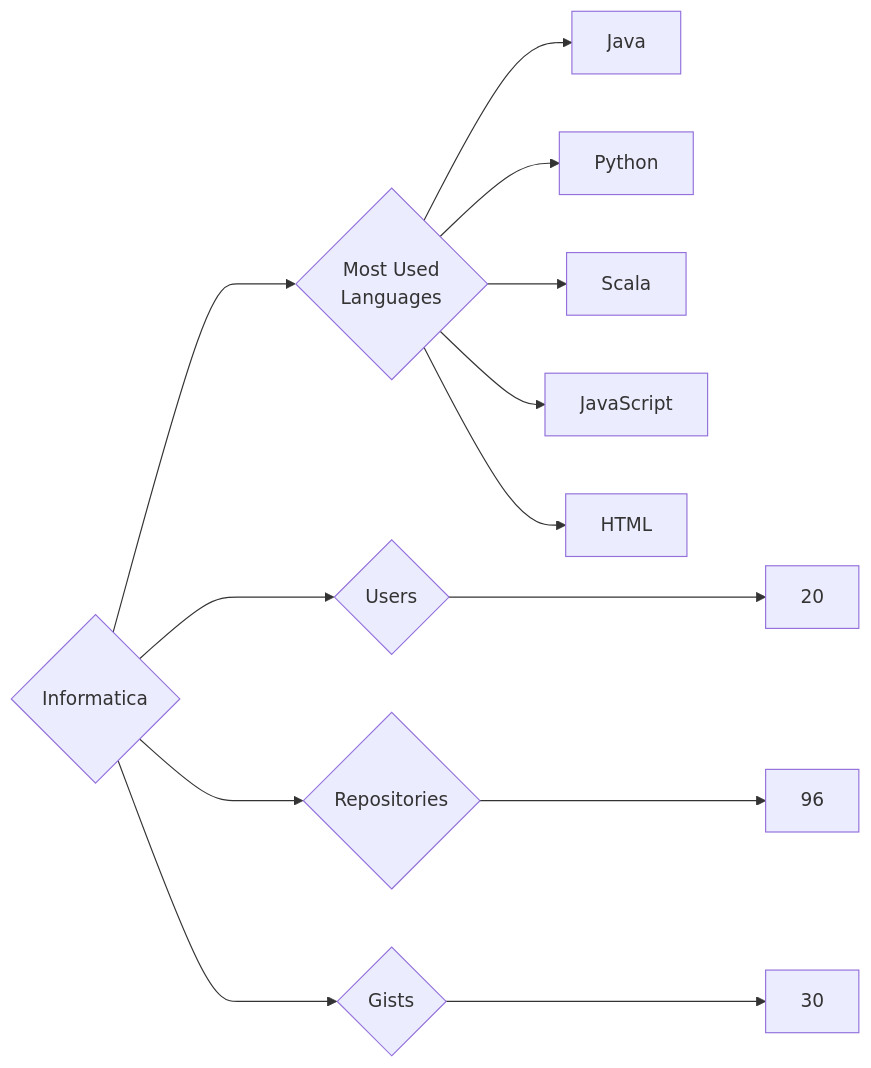
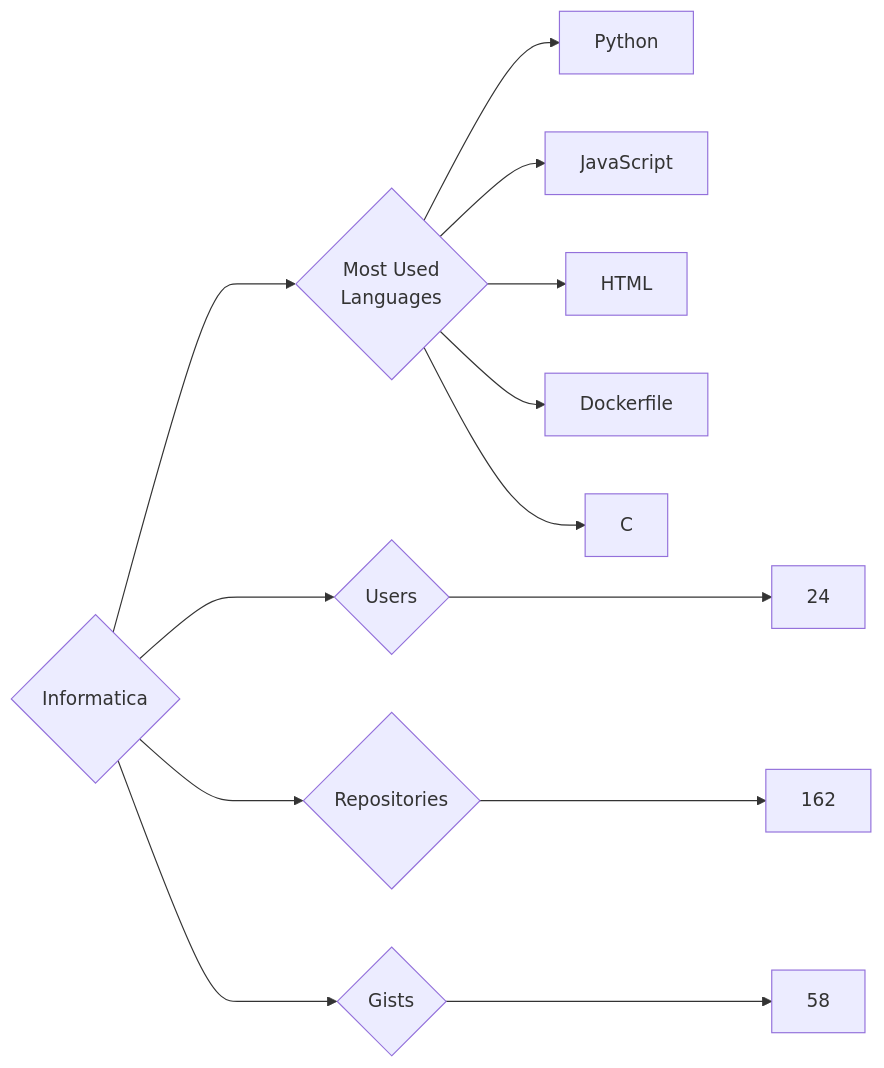
One commit to trickest/insiders changed the diagram in targets/Informatica/README.md. Above: the diagram before and after it, drawn with Mermaid. The commit also changed 900 other files, not shown here.

````diff
--- a/targets/Informatica/README.md
+++ b/targets/Informatica/README.md
@@ -3,13 +3,13 @@
 ```mermaid
 graph LR
 COMPANY_NAME{Informatica}
-COMPANY_NAME ---> U{Users} ---> UN[20]
-COMPANY_NAME ---> R{Repositories} ---> RN[96]
-COMPANY_NAME ---> G{Gists} ---> GN[30]
+COMPANY_NAME ---> U{Users} ---> UN[24]
+COMPANY_NAME ---> R{Repositories} ---> RN[162]
+COMPANY_NAME ---> G{Gists} ---> GN[58]
 COMPANY_NAME ---> ML{Most Used<br>Languages}
-ML --> Java[Java]
 ML --> Python[Python]
-ML --> Scala[Scala]
 ML --> JavaScript[JavaScript]
 ML --> HTML[HTML]
+ML --> Dockerfile[Dockerfile]
+ML --> C[C]
 ```
````
